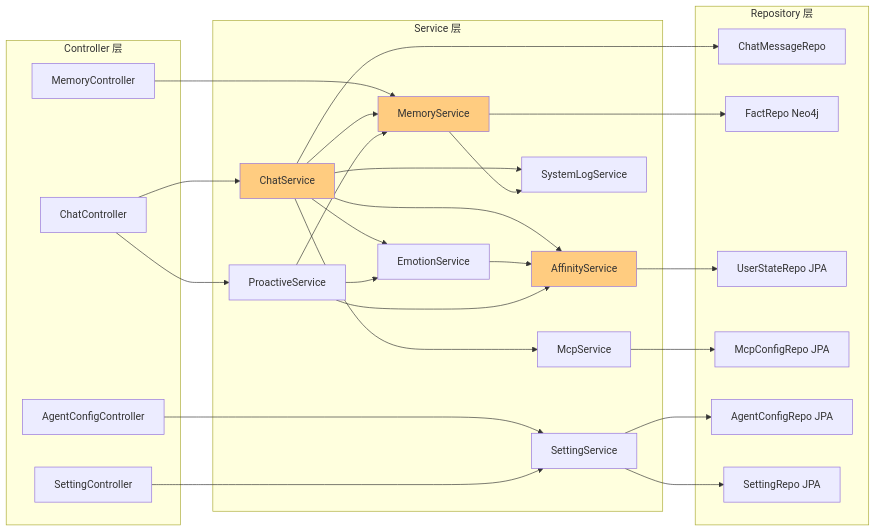
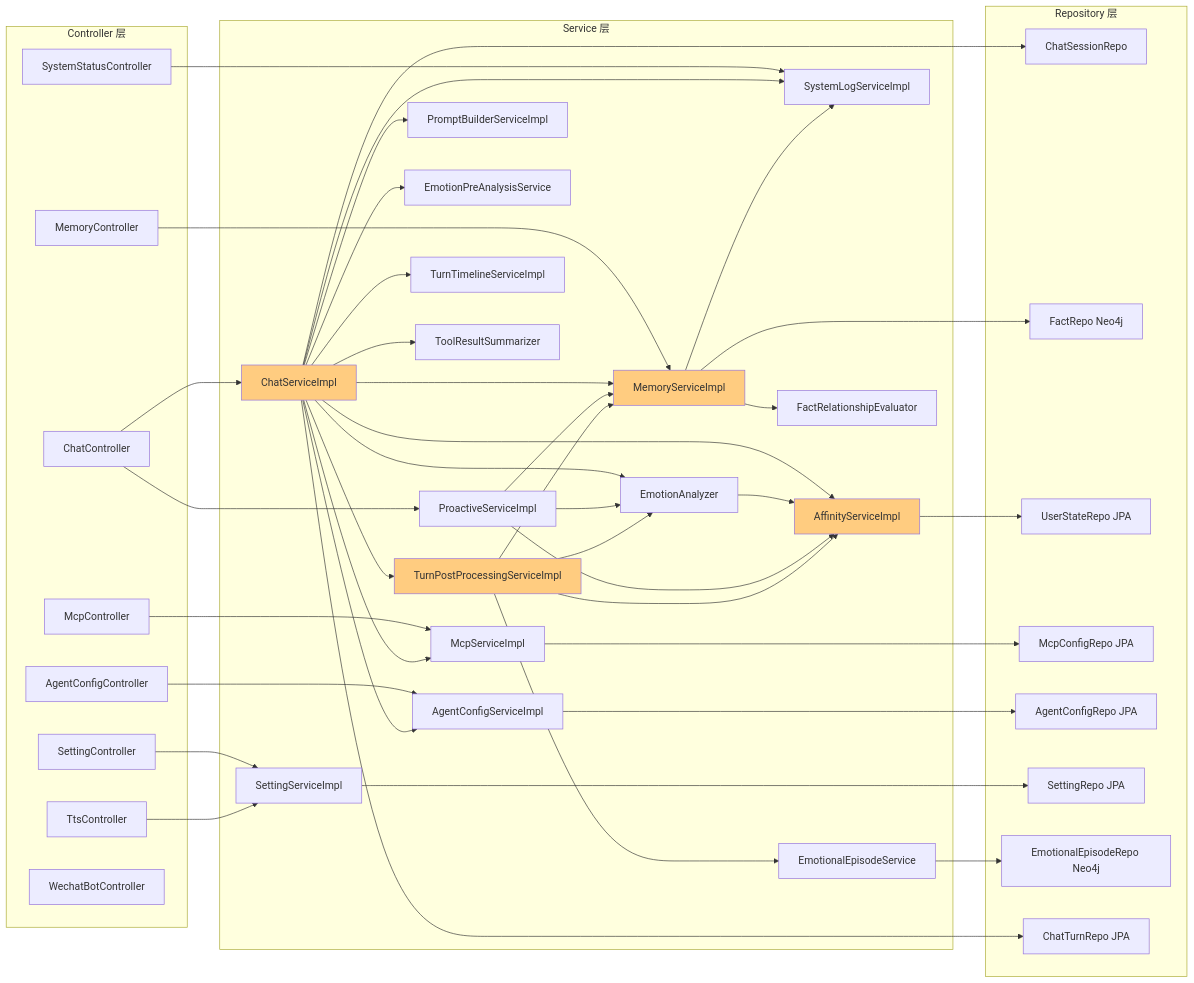
The eighth of 27 diagrams in doc/系统架构设计文档.md (SailRuo/LingShu-AI), drawn with Mermaid before and after one commit. The commit also changed other lines of this file and 2 other files, not shown here.

First line of the commit message:
docs(memory): 更新情感感知记忆系统设计文档至v3.0

````diff
--- a/doc/系统架构设计文档.md
+++ b/doc/系统架构设计文档.md
@@ -455,53 +470,87 @@
         C2[MemoryController]
         C3[AgentConfigController]
         C4[SettingController]
+        C5[SystemStatusController]
+        C6[TtsController]
+        C7[McpController]
+        C8[WechatBotController]
     end
     
     subgraph svc[Service 层]
-        S1[ChatService]
-        S2[MemoryService]
-        S3[AffinityService]
-        S4[EmotionService]
-        S5[McpService]
-        S6[ProactiveService]
-        S7[SystemLogService]
-        S8[SettingService]
+        S1[ChatServiceImpl]
+        S2[MemoryServiceImpl]
+        S3[AffinityServiceImpl]
+        S4[EmotionAnalyzer]
+        S5[McpServiceImpl]
+        S6[ProactiveServiceImpl]
+        S7[SystemLogServiceImpl]
+        S8[SettingServiceImpl]
+        S9[AgentConfigServiceImpl]
+        S10[PromptBuilderServiceImpl]
+        S11[EmotionPreAnalysisService]
+        S12[TurnPostProcessingServiceImpl]
+        S13[TurnTimelineServiceImpl]
+        S14[EmotionalEpisodeService]
+        S15[ToolResultSummarizer]
+        S16[FactRelationshipEvaluator]
     end
     
     subgraph repo[Repository 层]
-        R1[ChatMessageRepo]
+        R1[ChatSessionRepo]
         R2[FactRepo Neo4j]
         R3[UserStateRepo JPA]
         R4[McpConfigRepo JPA]
         R5[AgentConfigRepo JPA]
         R6[SettingRepo JPA]
+        R7[EmotionalEpisodeRepo Neo4j]
+        R8[ChatTurnRepo JPA]
     end
     
     C1 --> S1
     C1 --> S6
     C2 --> S2
-    C3 --> S8
+    C3 --> S9
     C4 --> S8
+    C5 --> S7
+    C6 --> S8
+    C7 --> S5
     
     S1 --> S2
     S1 --> S3
     S1 --> S4
     S1 --> S5
     S1 --> S7
+    S1 --> S9
+    S1 --> S10
+    S1 --> S11
+    S1 --> S12
+    S1 --> S13
+    S1 --> S15
+    
     S2 --> S7
+    S2 --> S16
+    
     S4 --> S3
     S6 --> S2
     S6 --> S3
     S6 --> S4
     
+    S12 --> S4
+    S12 --> S2
+    S12 --> S3
+    S12 --> S14
+    
     S1 --> R1
+    S1 --> R8
     S2 --> R2
     S3 --> R3
     S5 --> R4
-    S8 --> R5
+    S9 --> R5
     S8 --> R6
+    S14 --> R7
     
     style S1 fill:#ffcc80
     style S2 fill:#ffcc80
     style S3 fill:#ffcc80
+    style S12 fill:#ffcc80
 ```
````
